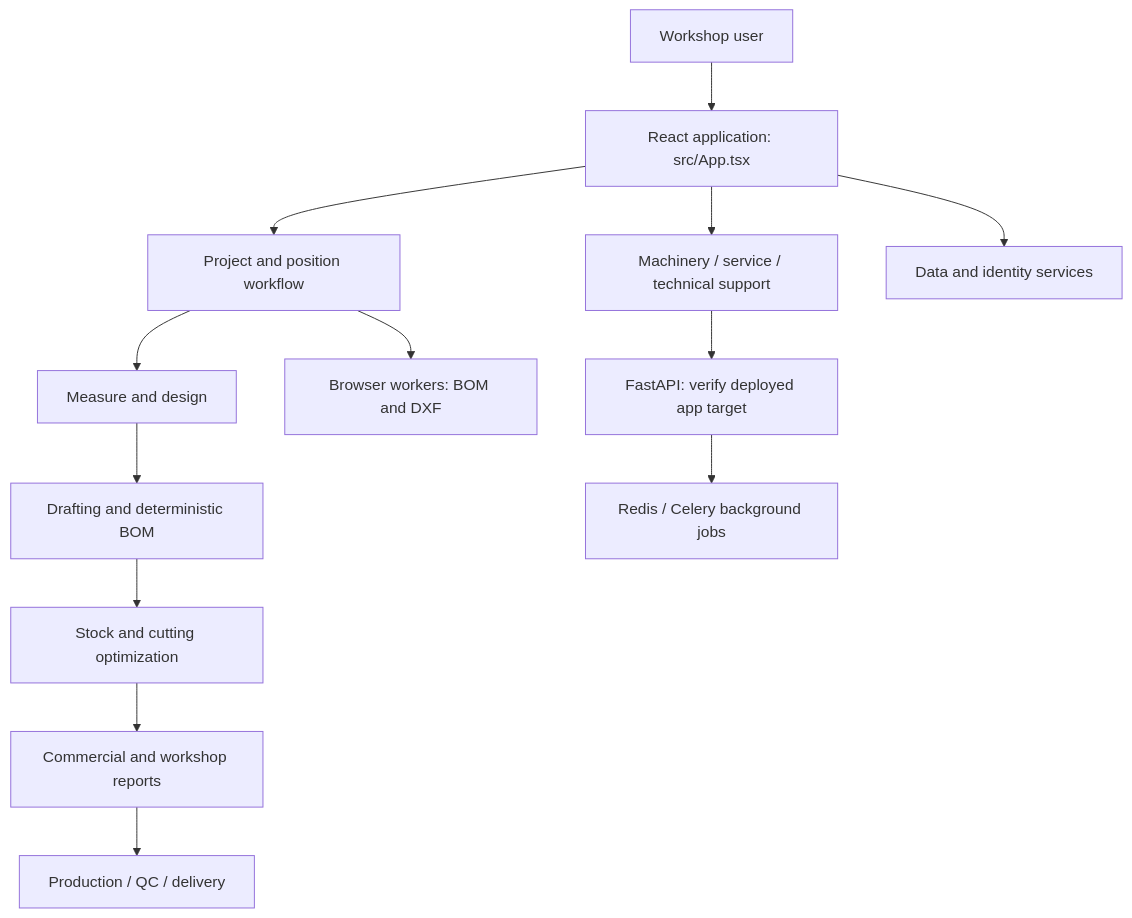
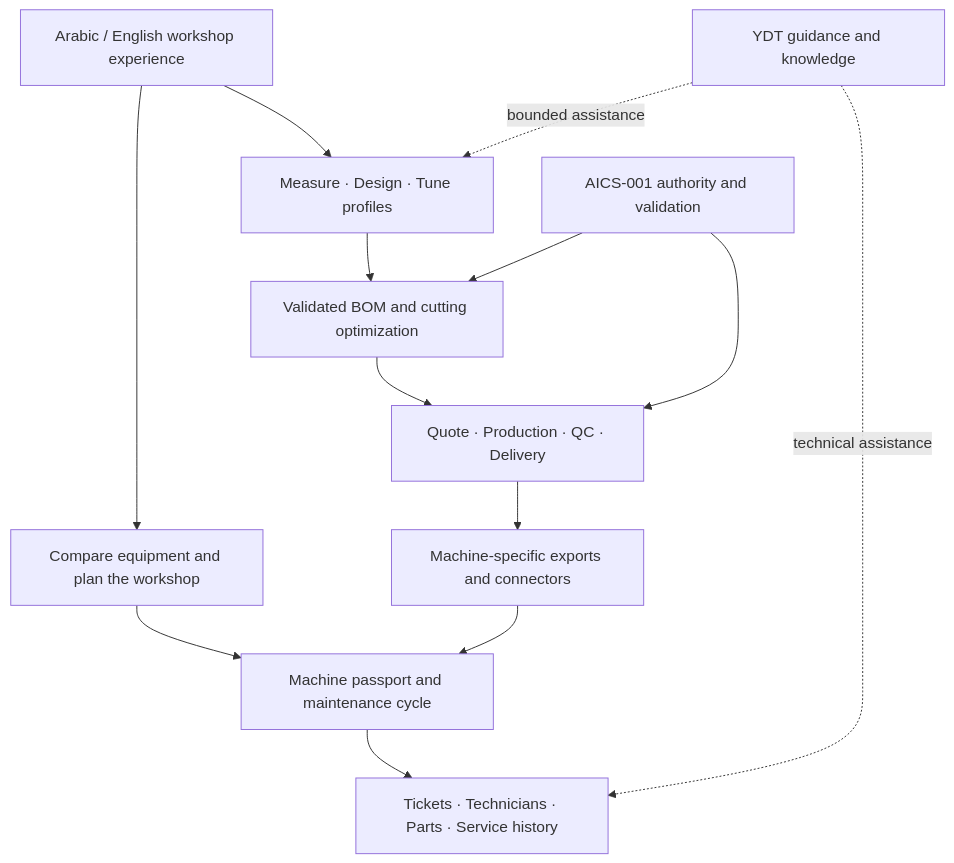
The diagram in README.md (almona02/almona-portfolio-forge), drawn with Mermaid before and after one commit. The commit also changed other lines of this file and 1 other file, not shown here.

Commit message:
fix: align production Node and document Vertical Reality OS

````diff
--- a/README.md
+++ b/README.md
@@ -68,15 +38,15 @@
 ```mermaid
 flowchart TD
-    User[Workshop user] --> Web[React application: src/App.tsx]
-    Web --> Flow[Project and position workflow]
-    Flow --> Measure[Measure and design]
-    Measure --> BOM[Drafting and deterministic BOM]
-    BOM --> Optimize[Stock and cutting optimization]
-    Optimize --> Quote[Commercial and workshop reports]
-    Quote --> Release[Production / QC / delivery]
-    Web --> Services[Machinery / service / technical support]
-    Flow --> Workers[Browser workers: BOM and DXF]
-    Web --> Data[Data and identity services]
-    Services --> API[FastAPI: verify deployed app target]
-    API --> Jobs[Redis / Celery background jobs]
+    Workshop[Arabic / English workshop experience] --> Planning[Compare equipment and plan the workshop]
+    Workshop --> Fabricator[Measure · Design · Tune profiles]
+    Fabricator --> Engineering[Validated BOM and cutting optimization]
+    Engineering --> Operations[Quote · Production · QC · Delivery]
+    Operations --> Machines[Machine-specific exports and connectors]
+    Planning --> Care[Machine passport and maintenance cycle]
+    Machines --> Care
+    Care --> Tickets[Tickets · Technicians · Parts · Service history]
+    YDT[YDT guidance and knowledge] -. bounded assistance .-> Fabricator
+    YDT -. technical assistance .-> Tickets
+    AICS[AICS-001 authority and validation] --> Engineering
+    AICS --> Operations
 ```
````
